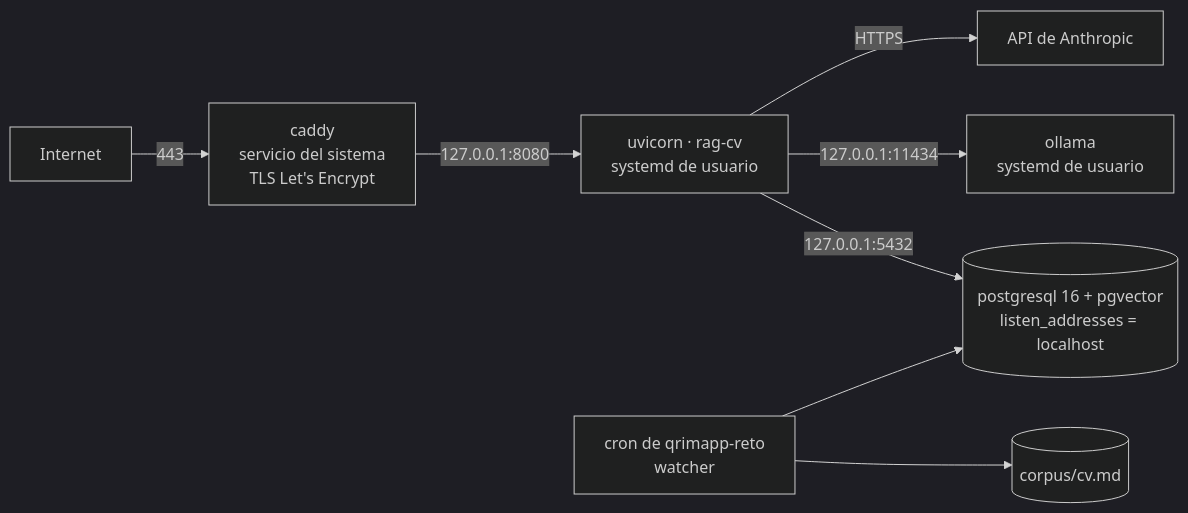
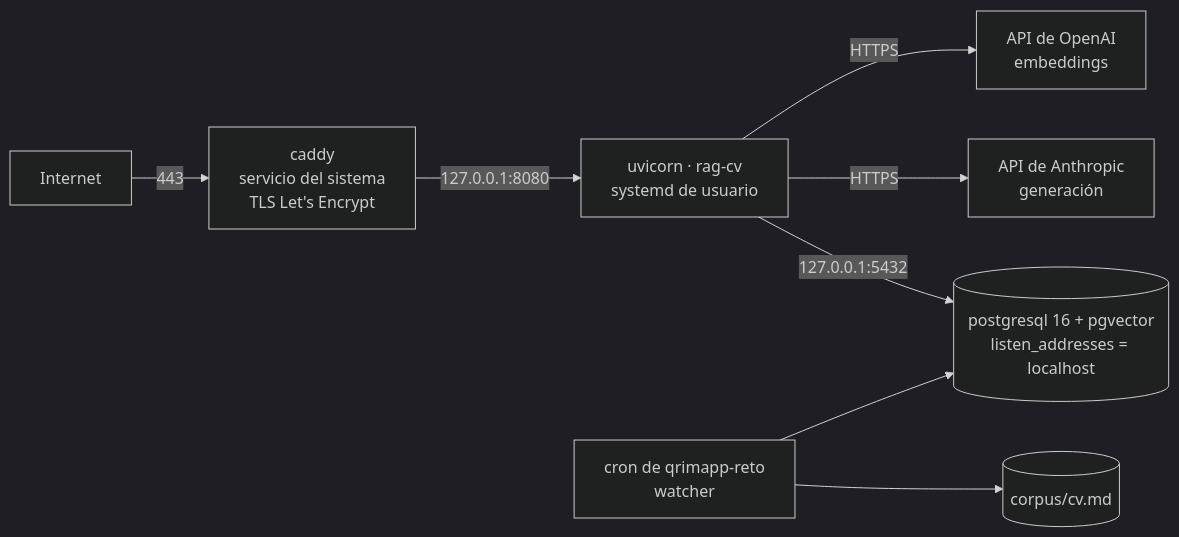
Before and after one commit to e2lira/rag-cv: the diagram in docs/rfc/RFC-0020-topologia-nativa-de-qa-y-despliegue-por-ssh.md, drawn with Mermaid (dark theme). The commit also changed other lines of this file and 11 other files, not shown here.

First line of the commit message:
docs(retrieval): move embeddings to the OpenAI API instead of self-hosting

````diff
--- a/docs/rfc/RFC-0020-topologia-nativa-de-qa-y-despliegue-por-ssh.md
+++ b/docs/rfc/RFC-0020-topologia-nativa-de-qa-y-despliegue-por-ssh.md
@@ -38,10 +38,10 @@
 ```mermaid
 flowchart LR
     I["Internet"] -->|443| CD["caddy<br/>servicio del sistema<br/>TLS Let's Encrypt"]
     CD -->|127.0.0.1:8080| API["uvicorn · rag-cv<br/>systemd de usuario"]
     API -->|127.0.0.1:5432| DB[("postgresql 16 + pgvector<br/>listen_addresses = localhost")]
-    API -->|127.0.0.1:11434| OL["ollama<br/>systemd de usuario"]
-    API -->|HTTPS| AN["API de Anthropic"]
+    API -->|HTTPS| AN["API de Anthropic<br/>generación"]
+    API -->|HTTPS| OA["API de OpenAI<br/>embeddings"]
     CR["cron de qrimapp-reto<br/>watcher"] --> CV[("corpus/cv.md")]
     CR --> DB
 ```
````
